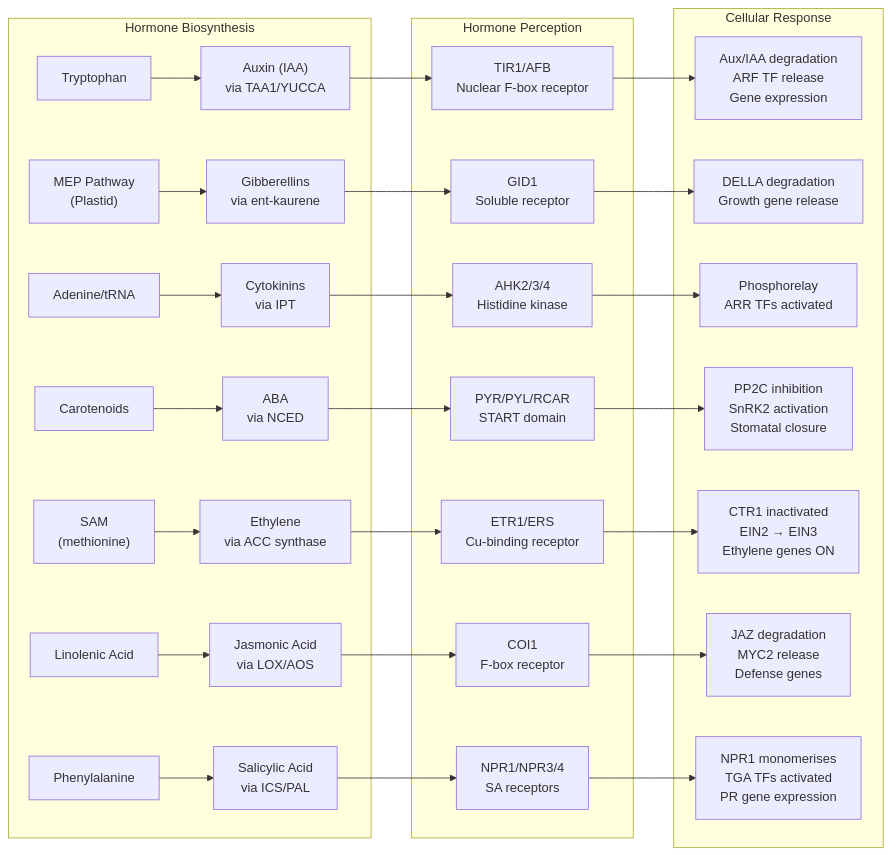
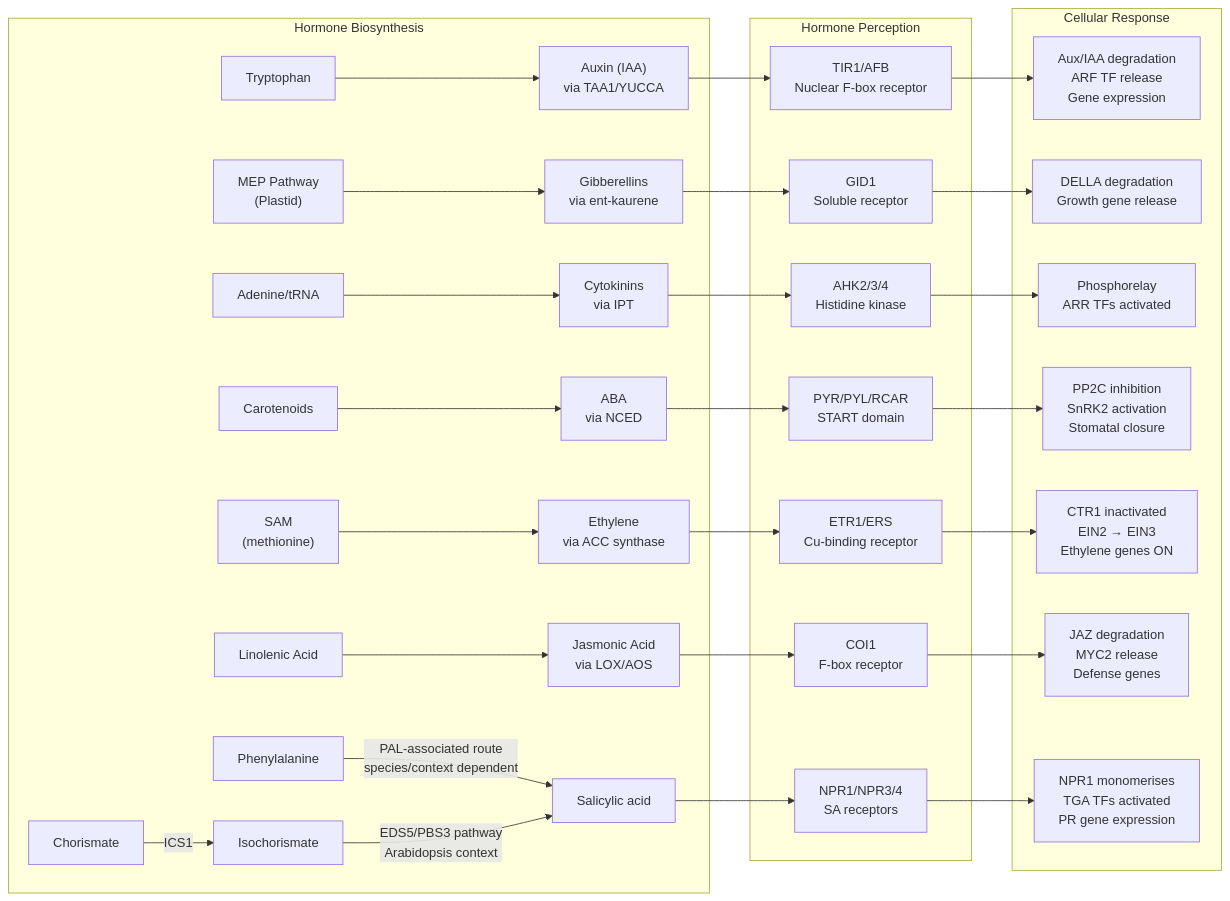
Before and after one commit to docxology/biology_textbook: the first of 4 diagrams in docs/manuscript/unit_VIII/plant_responses.md, drawn with Mermaid. The commit also changed other lines of this file and 444 other files, not shown here.

````diff
--- a/docs/manuscript/unit_VIII/plant_responses.md
+++ b/docs/manuscript/unit_VIII/plant_responses.md
@@ -58,32 +58,34 @@
 ```mermaid
 flowchart LR
     subgraph Biosynthesis ["Hormone Biosynthesis"]
         A1["Tryptophan"] --> A2["Auxin (IAA)<br/>via TAA1/YUCCA"]
         A3["MEP Pathway<br/>(Plastid)"] --> A4["Gibberellins<br/>via ent-kaurene"]
         A5["Adenine/tRNA"] --> A6["Cytokinins<br/>via IPT"]
         A7["Carotenoids"] --> A8["ABA<br/>via NCED"]
         A9["SAM<br/>(methionine)"] --> A10["Ethylene<br/>via ACC synthase"]
         A11["Linolenic Acid"] --> A12["Jasmonic Acid<br/>via LOX/AOS"]
-        A13["Phenylalanine"] --> A14["Salicylic Acid<br/>via ICS/PAL"]
+        A13["Phenylalanine"] -->|"PAL-associated route<br/>species/context dependent"| A14["Salicylic acid"]
+        Chor["Chorismate"] -->|"ICS1"| Iso["Isochorismate"]
+        Iso -->|"EDS5/PBS3 pathway<br/>Arabidopsis context"| A14
     end
 
     subgraph Perception ["Hormone Perception"]
         A2 --> P1["TIR1/AFB<br/>Nuclear F-box receptor"]
         A4 --> P2["GID1<br/>Soluble receptor"]
         A6 --> P3["AHK2/3/4<br/>Histidine kinase"]
         A8 --> P4["PYR/PYL/RCAR<br/>START domain"]
         A10 --> P5["ETR1/ERS<br/>Cu-binding receptor"]
         A12 --> P6["COI1<br/>F-box receptor"]
         A14 --> P7["NPR1/NPR3/4<br/>SA receptors"]
     end
 
     subgraph Response ["Cellular Response"]
         P1 --> R1["Aux/IAA degradation<br/>ARF TF release<br/>Gene expression"]
         P2 --> R2["DELLA degradation<br/>Growth gene release"]
         P3 --> R3["Phosphorelay<br/>ARR TFs activated"]
         P4 --> R4["PP2C inhibition<br/>SnRK2 activation<br/>Stomatal closure"]
         P5 --> R5["CTR1 inactivated<br/>EIN2 → EIN3<br/>Ethylene genes ON"]
         P6 --> R6["JAZ degradation<br/>MYC2 release<br/>Defense genes"]
         P7 --> R7["NPR1 monomerises<br/>TGA TFs activated<br/>PR gene expression"]
     end
 ```
````
